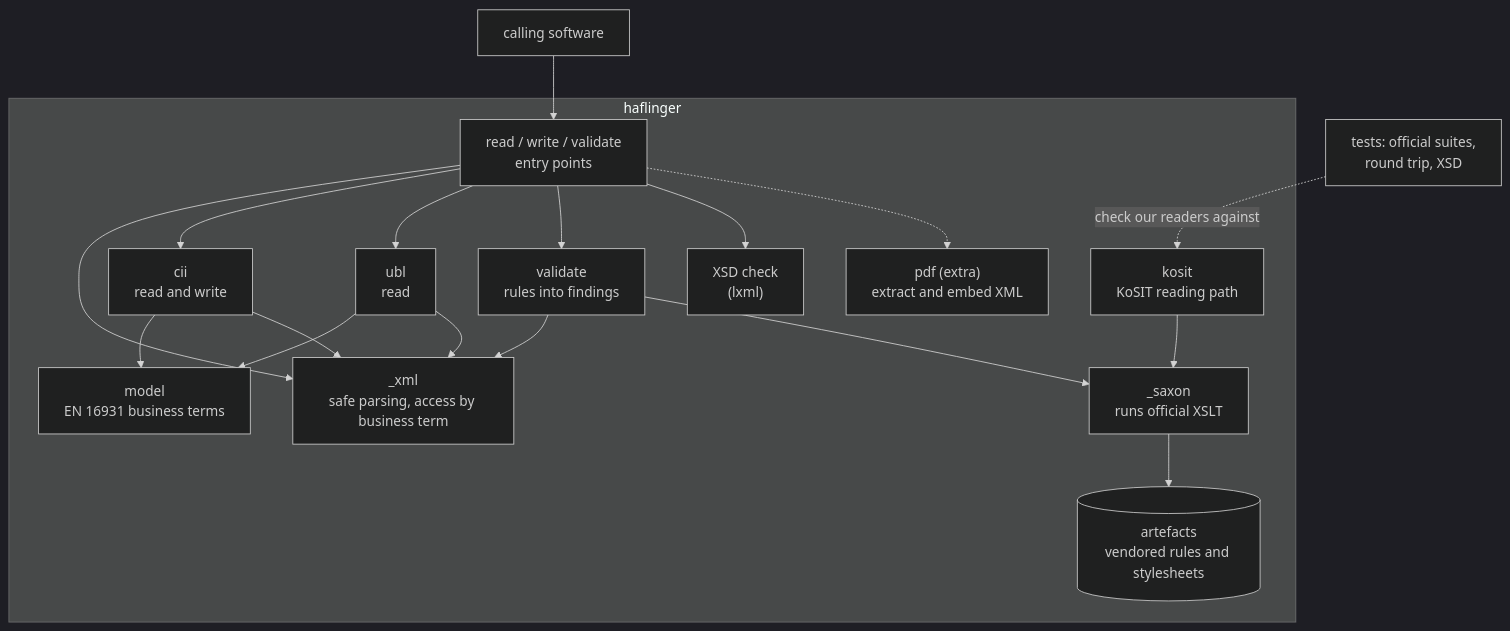
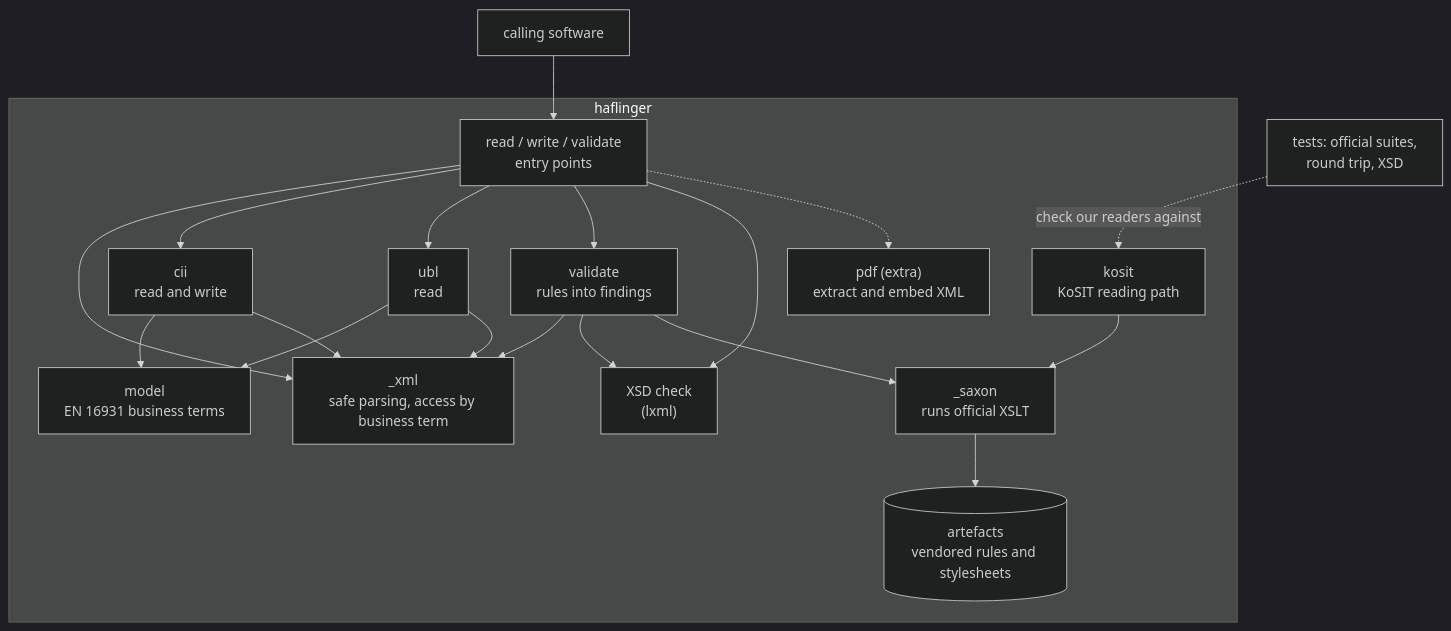
One commit to Interlusion/haflinger changed the second of 5 diagrams in docs/arc42/README.md. Above: the diagram before and after it, drawn with Mermaid (dark theme). The commit also changed other lines of this file and 21 other files, not shown here.

````diff
--- a/docs/arc42/README.md
+++ b/docs/arc42/README.md
@@ -95,32 +95,33 @@
 ```mermaid
 flowchart TB
     subgraph lib["haflinger"]
         api["read / write / validate<br/>entry points"]
         model["model<br/>EN 16931 business terms"]
         safe["_xml<br/>safe parsing, access by business term"]
         cii["cii<br/>read and write"]
         ubl["ubl<br/>read"]
         validate["validate<br/>rules into findings"]
         xsd["XSD check<br/>(lxml)"]
         kosit["kosit<br/>KoSIT reading path"]
         saxon["_saxon<br/>runs official XSLT"]
         artefacts[("artefacts<br/>vendored rules and stylesheets")]
         pdf["pdf (extra)<br/>extract and embed XML"]
     end
     caller["calling software"]
     tests["tests: official suites,<br/>round trip, XSD"]
 
     caller --> api
     api --> safe
     api --> cii & ubl
     api --> validate
     api --> xsd
     api -.-> pdf
     validate --> safe
+    validate --> xsd
     cii & ubl --> model
     cii & ubl --> safe
     validate --> saxon
     kosit --> saxon
     saxon --> artefacts
     tests -. "check our readers against" .-> kosit
 ```
````
